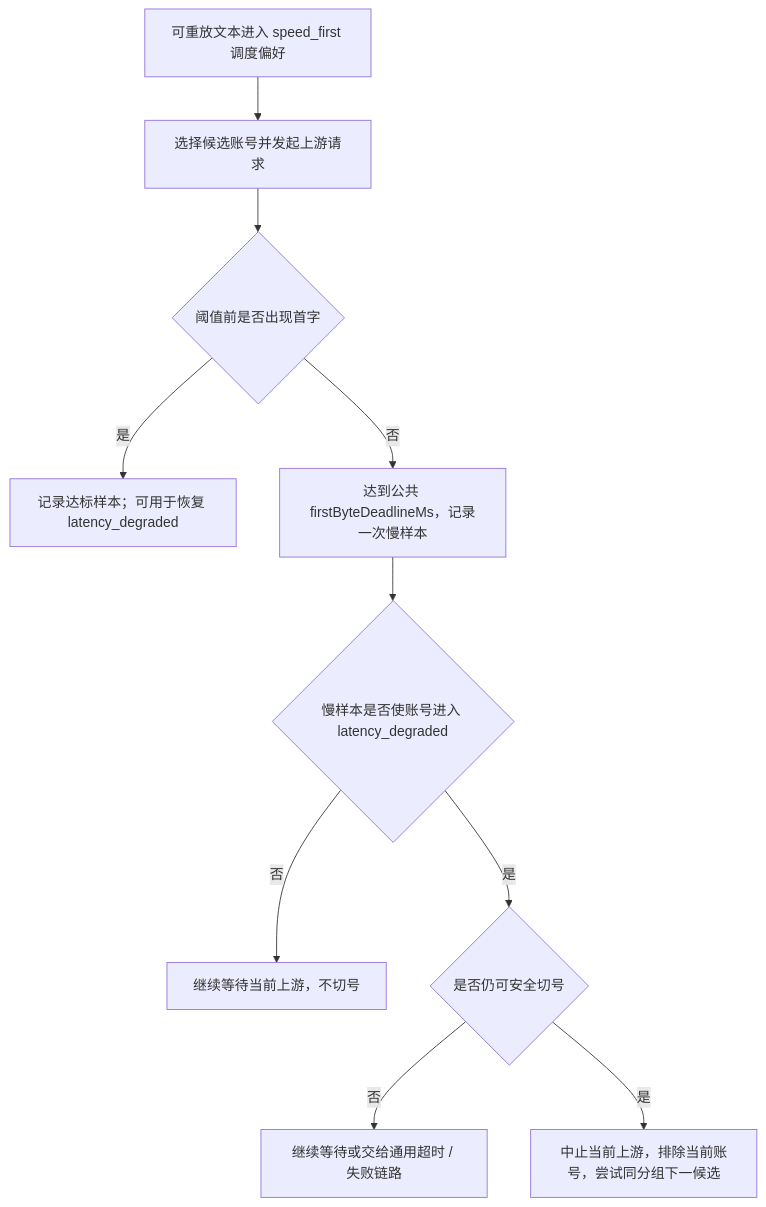
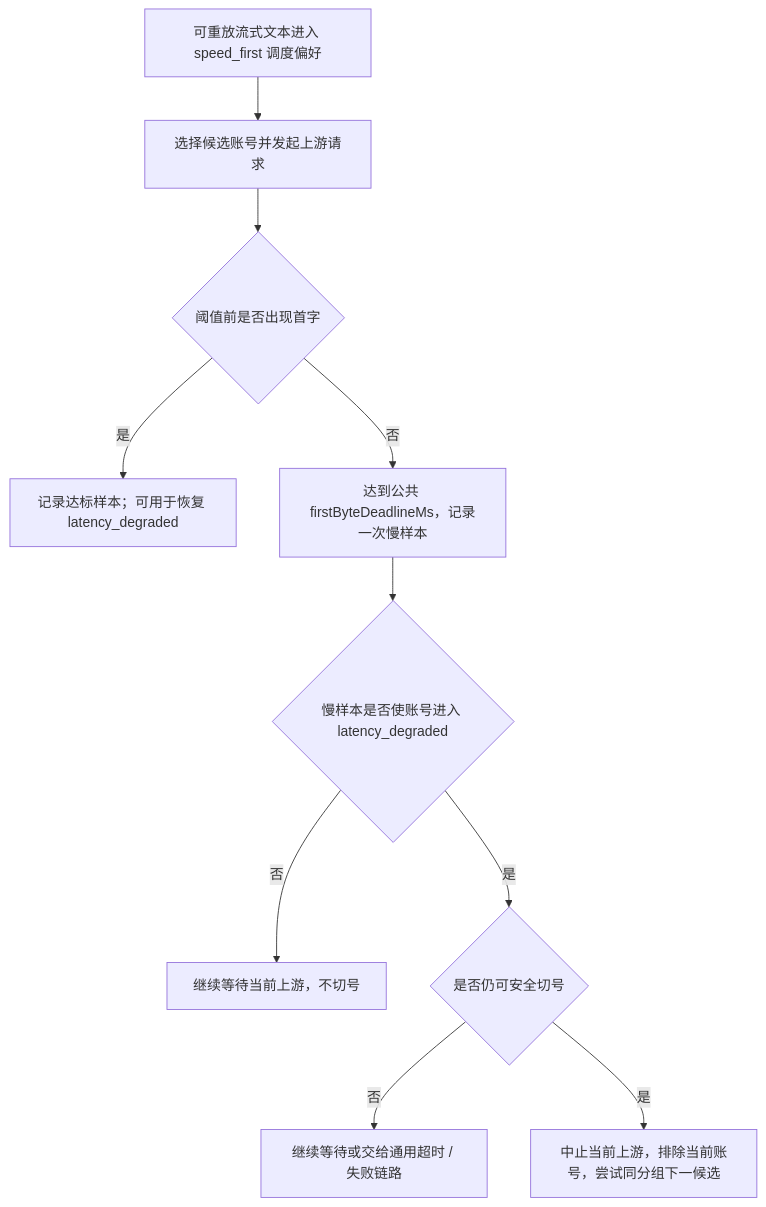
The diagram in docs/functions/普通路由速度优先延迟切换设计.md (huanmin123/juhe-ai), drawn with Mermaid before and after one commit. The commit also changed other lines of this file and 32 other files, not shown here.

````diff
--- a/docs/functions/普通路由速度优先延迟切换设计.md
+++ b/docs/functions/普通路由速度优先延迟切换设计.md
@@ -42,12 +42,12 @@
 ```mermaid
 flowchart TD
-  A["可重放文本进入 speed_first 调度偏好"] --> D["选择候选账号并发起上游请求"]
+  A["可重放流式文本进入 speed_first 调度偏好"] --> D["选择候选账号并发起上游请求"]
   D --> E{"阈值前是否出现首字"}
   E -- "是" --> F["记录达标样本；可用于恢复 latency_degraded"]
   E -- "否" --> G["达到公共 firstByteDeadlineMs，记录一次慢样本"]
   G --> H{"慢样本是否使账号进入 latency_degraded"}
   H -- "否" --> I["继续等待当前上游，不切号"]
   H -- "是" --> J{"是否仍可安全切号"}
   J -- "否" --> K["继续等待或交给通用超时 / 失败链路"]
   J -- "是" --> L["中止当前上游，排除当前账号，尝试同分组下一候选"]
 ```
````
